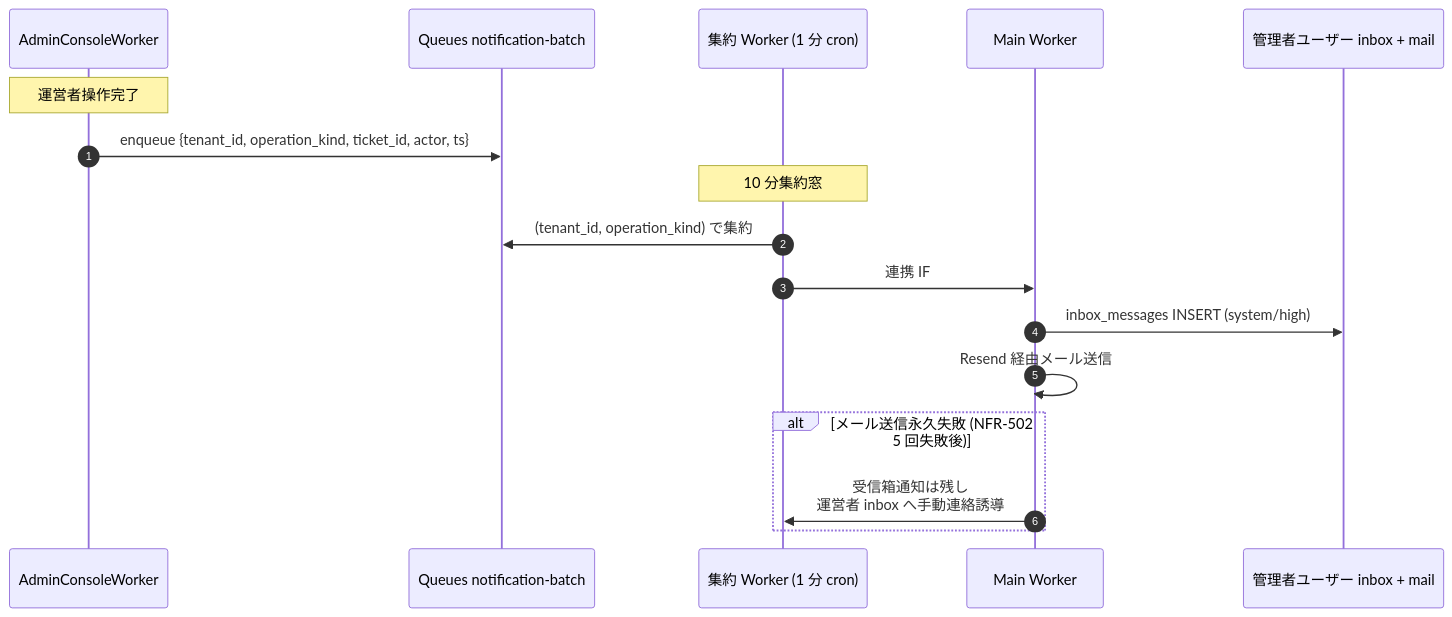
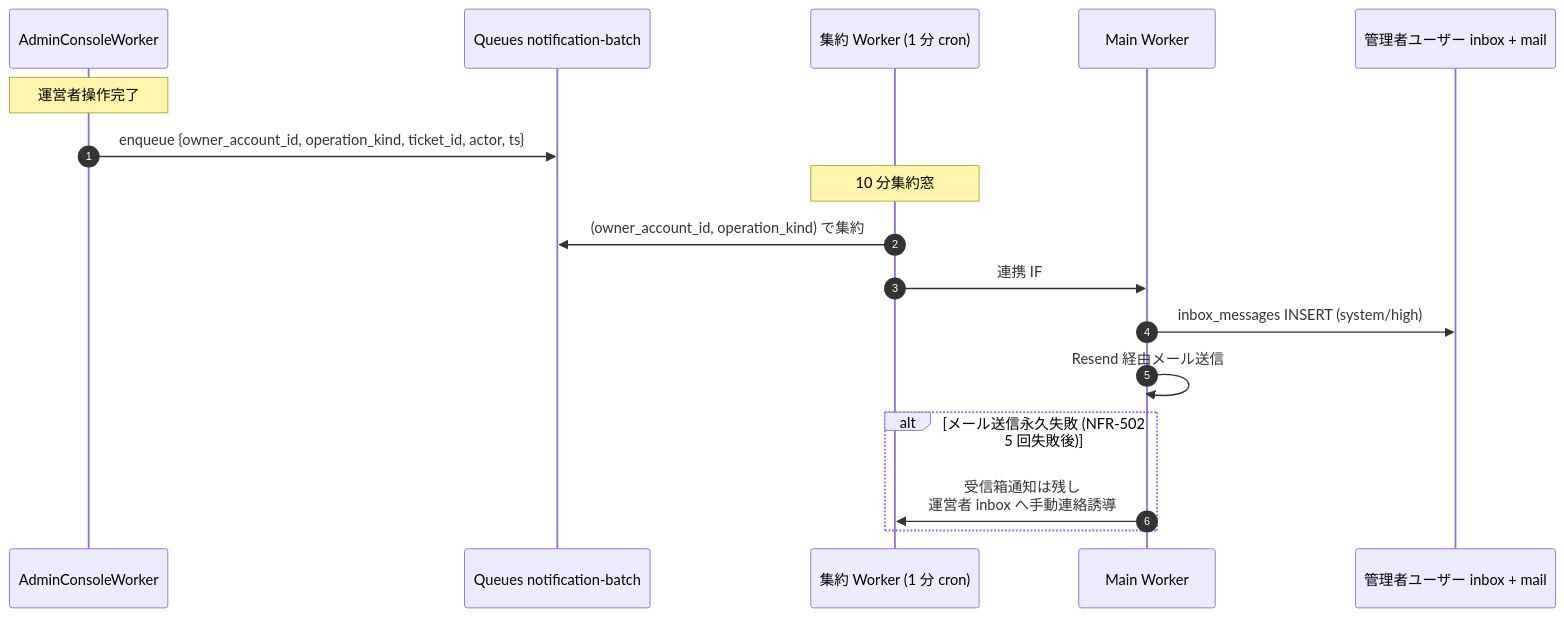
Diagram 24 of 25 in 02_admin/03_detailed_design.md (sikakou54/open-faq), drawn with Mermaid before and after one commit. The commit also changed other lines of this file and 22 other files, not shown here.

````diff
--- a/02_admin/03_detailed_design.md
+++ b/02_admin/03_detailed_design.md
@@ -2013,20 +2013,20 @@
 ```mermaid
 sequenceDiagram
     autonumber
     participant Worker as AdminConsoleWorker
     participant Queue as Queues notification-batch
     participant Aggregator as 集約 Worker (1 分 cron)
     participant Main as Main Worker
     participant TM as 管理者ユーザー inbox + mail
 
     Note over Worker: 運営者操作完了
-    Worker->>Queue: enqueue {tenant_id, operation_kind, ticket_id, actor, ts}
+    Worker->>Queue: enqueue {owner_account_id, operation_kind, ticket_id, actor, ts}
     Note over Aggregator: 10 分集約窓
-    Aggregator->>Queue: (tenant_id, operation_kind) で集約
+    Aggregator->>Queue: (owner_account_id, operation_kind) で集約
     Aggregator->>Main: 連携 IF #12 (mTLS+JWT)
     Main->>TM: inbox_messages INSERT (system/high)
     Main->>Main: Resend 経由メール送信
     alt メール送信永久失敗 (NFR-502 5 回失敗後)
         Main->>Aggregator: 受信箱通知は残し<br/>運営者 inbox へ手動連絡誘導
     end
 ```
````
